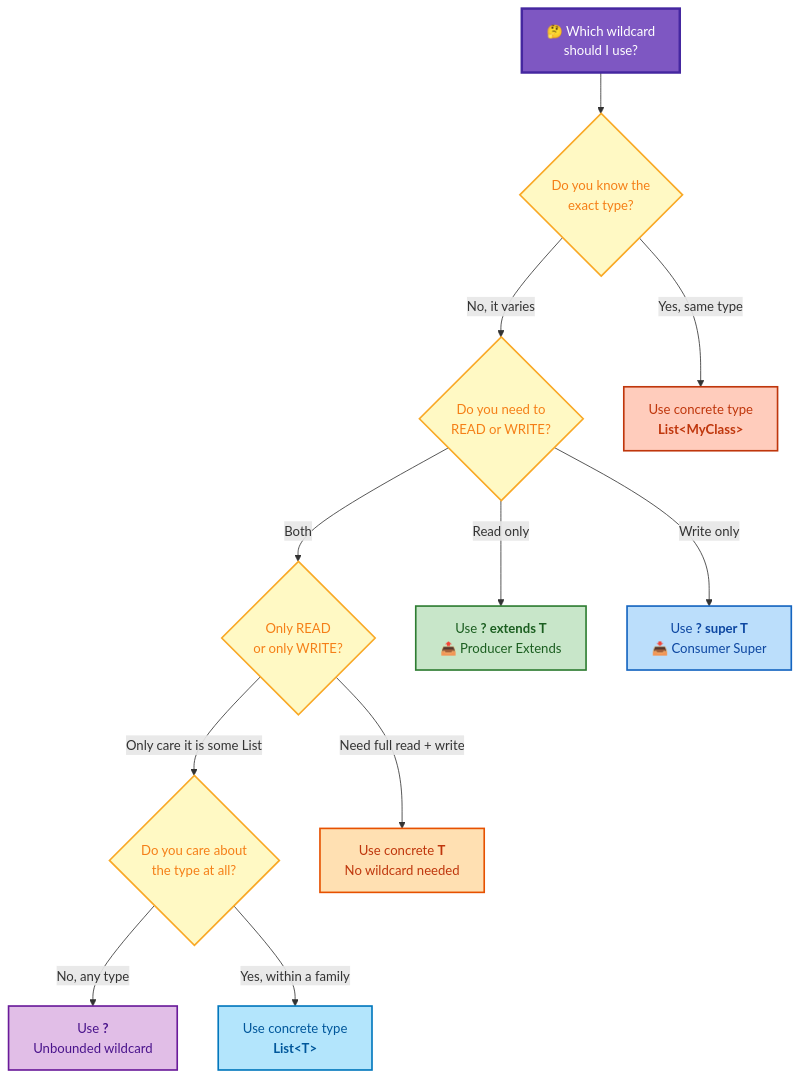
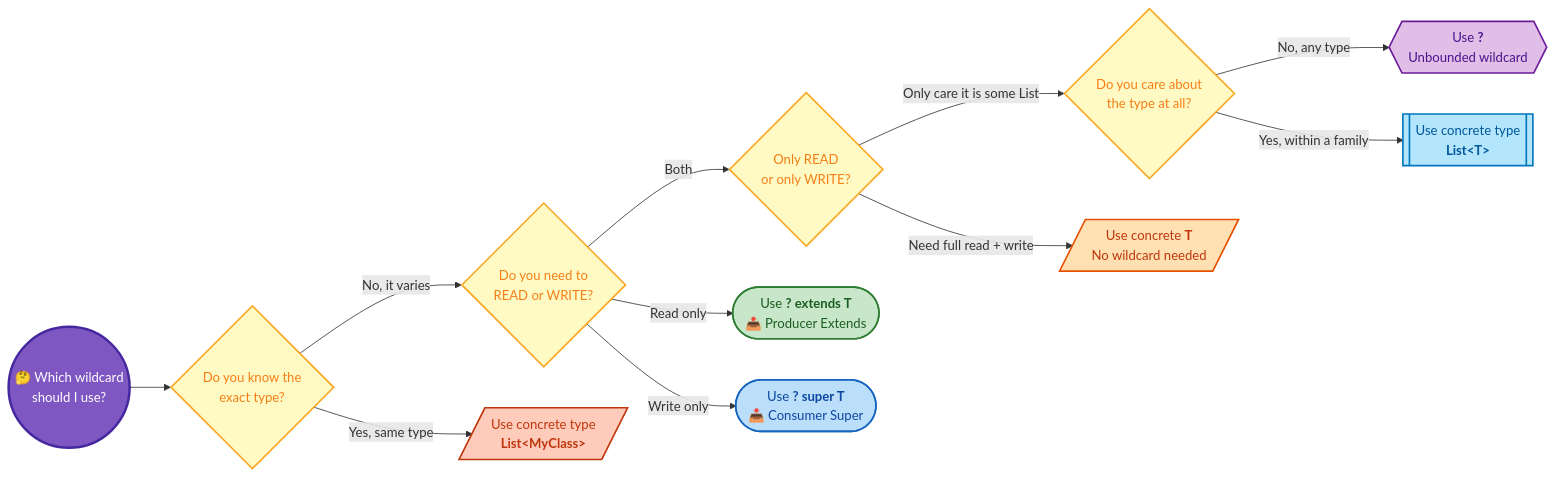
One commit to saivamsikaruturi/vamsilabs-dev-notes-main changed the fifth of 5 diagrams in docs/java/Generics.md. Above: the diagram before and after it, drawn with Mermaid. The commit also changed other lines of this file and 146 other files, not shown here.

Commit message:
Horizontal diagrams, UML class diagrams, typography overhaul, and permalink cleanup

````diff
--- a/docs/java/Generics.md
+++ b/docs/java/Generics.md
@@ -420,38 +420,38 @@
 ```mermaid
-flowchart TD
-    START["🤔 Which wildcard<br/>should I use?"]
+flowchart LR
+    START(("🤔 Which wildcard<br/>should I use?"))
     Q1{"Do you know the<br/>exact type?"}
     Q2{"Do you need to<br/>READ or WRITE?"}
     Q3{"Only READ<br/>or only WRITE?"}
     Q4{"Do you care about<br/>the type at all?"}
 
-    A1["Use concrete type<br/><b>List&lt;T&gt;</b>"]
-    A2["Use <b>? extends T</b><br/>📤 Producer Extends"]
-    A3["Use <b>? super T</b><br/>📥 Consumer Super"]
-    A4["Use concrete <b>T</b><br/>No wildcard needed"]
-    A5["Use <b>?</b><br/>Unbounded wildcard"]
-    A6["Use concrete type<br/><b>List&lt;MyClass&gt;</b>"]
+    A1[["Use concrete type<br/><b>List&lt;T&gt;</b>"]]
+    A2(["Use <b>? extends T</b><br/>📤 Producer Extends"])
+    A3(["Use <b>? super T</b><br/>📥 Consumer Super"])
+    A4[/"Use concrete <b>T</b><br/>No wildcard needed"/]
+    A5{{"Use <b>?</b><br/>Unbounded wildcard"}}
+    A6[/"Use concrete type<br/><b>List&lt;MyClass&gt;</b>"/]
 
     START --> Q1
     Q1 -->|"Yes, same type"| A6
     Q1 -->|"No, it varies"| Q2
     Q2 -->|"Read only"| A2
     Q2 -->|"Write only"| A3
     Q2 -->|"Both"| Q3
     Q3 -->|"Need full read + write"| A4
     Q3 -->|"Only care it is some List"| Q4
     Q4 -->|"No, any type"| A5
     Q4 -->|"Yes, within a family"| A1
 
     style START fill:#7E57C2,stroke:#4527A0,stroke-width:3px,color:#FFFFFF
     style Q1 fill:#FFF9C4,stroke:#F9A825,stroke-width:2px,color:#F57F17
     style Q2 fill:#FFF9C4,stroke:#F9A825,stroke-width:2px,color:#F57F17
     style Q3 fill:#FFF9C4,stroke:#F9A825,stroke-width:2px,color:#F57F17
     style Q4 fill:#FFF9C4,stroke:#F9A825,stroke-width:2px,color:#F57F17
     style A1 fill:#B3E5FC,stroke:#0277BD,stroke-width:2px,color:#01579B
     style A2 fill:#C8E6C9,stroke:#2E7D32,stroke-width:2px,color:#1B5E20
     style A3 fill:#BBDEFB,stroke:#1565C0,stroke-width:2px,color:#0D47A1
     style A4 fill:#FFE0B2,stroke:#E65100,stroke-width:2px,color:#BF360C
     style A5 fill:#E1BEE7,stroke:#6A1B9A,stroke-width:2px,color:#4A148C
     style A6 fill:#FFCCBC,stroke:#BF360C,stroke-width:2px,color:#BF360C
 ```
````
